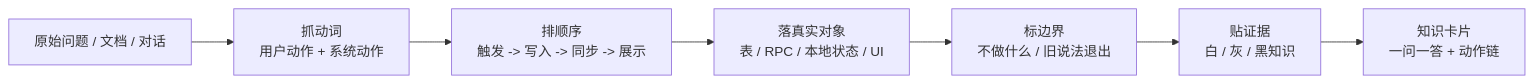
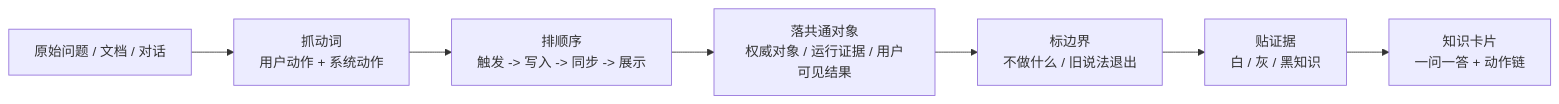
One commit to nds15763/workskills changed the second of 3 diagrams in knowledge-card-qa/SKILL.md. Above: the diagram before and after it, drawn with Mermaid. The commit also changed other lines of this file and 7 other files, not shown here.

````diff
--- a/knowledge-card-qa/SKILL.md
+++ b/knowledge-card-qa/SKILL.md
@@ -122,9 +123,9 @@
 ```mermaid
 flowchart LR
   A["原始问题 / 文档 / 对话"] --> B["抓动词<br/>用户动作 + 系统动作"]
   B --> C["排顺序<br/>触发 -> 写入 -> 同步 -> 展示"]
-  C --> D["落真实对象<br/>表 / RPC / 本地状态 / UI"]
+  C --> D["落共通对象<br/>权威对象 / 运行证据 / 用户可见结果"]
   D --> E["标边界<br/>不做什么 / 旧说法退出"]
   E --> F["贴证据<br/>白 / 灰 / 黑知识"]
   F --> G["知识卡片<br/>一问一答 + 动作链"]
 ```
````
